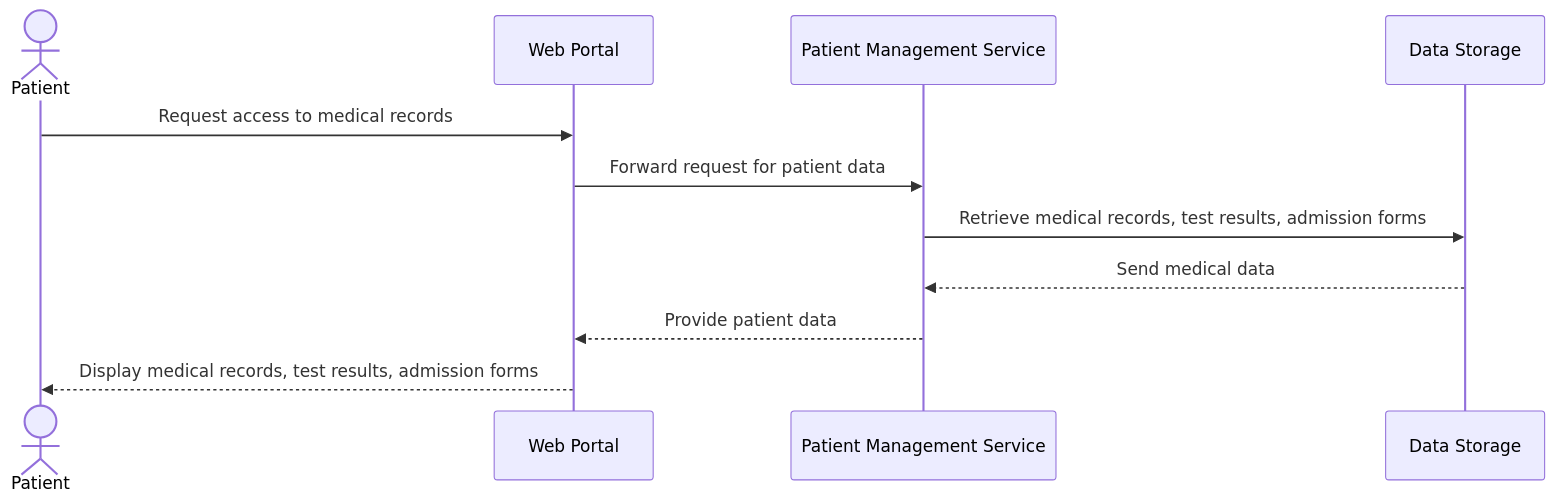
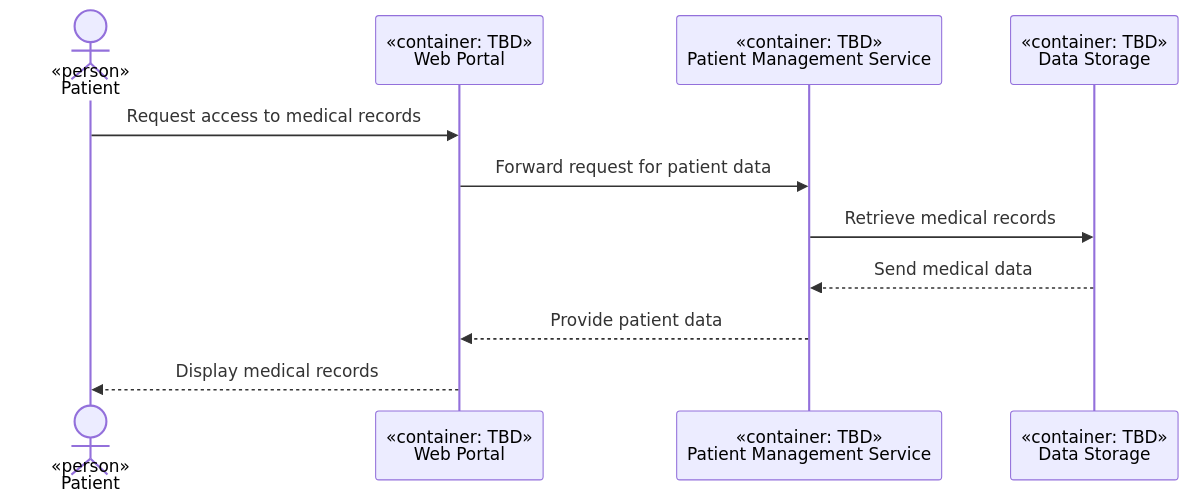
One commit to iugori/pulse-patrol changed the third of 8 diagrams in docs/ard-v2.1.md. Above: the diagram before and after it, drawn with Mermaid. The commit also changed other lines of this file, not shown here.

````diff
--- a/docs/ard-v2.1.md
+++ b/docs/ard-v2.1.md
@@ -299,13 +299,14 @@
 ```mermaid
 sequenceDiagram
-    actor P as Patient
-    participant WP as Web Portal
-    participant PMS as Patient Management Service
-    participant DS as Data Storage
+    actor P as «person»<br/>Patient<br/>
+    participant WP as «container: TBD»<br/>Web Portal
+    participant PMS as «container: TBD»<br/>Patient Management Service
+    participant DS as «container: TBD»<br/>Data Storage
     P ->> WP: Request access to medical records
     WP ->> PMS: Forward request for patient data
-    PMS ->> DS: Retrieve medical records, test results, admission forms
+    PMS ->> DS: Retrieve medical records
     DS -->> PMS: Send medical data
     PMS -->> WP: Provide patient data
-    WP -->> P: Display medical records, test results, admission forms
+    WP -->> P: Display medical records
+
 ```
````
